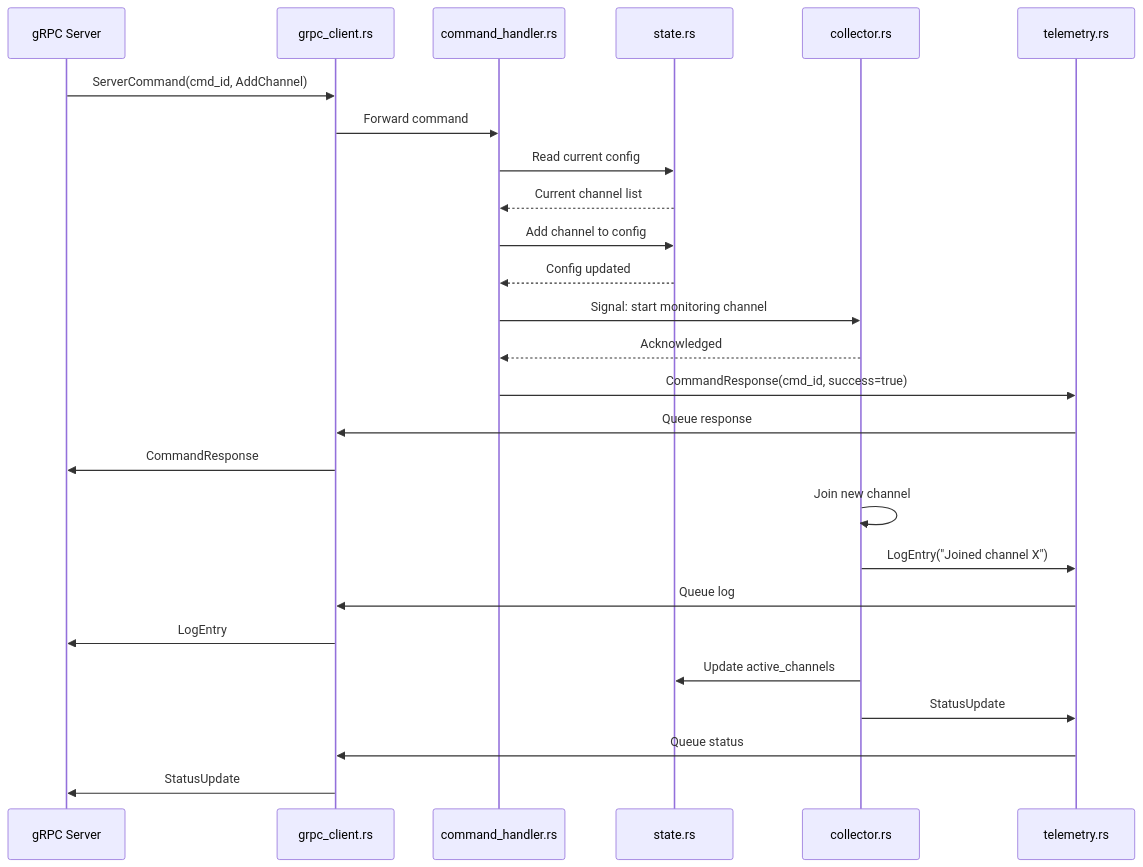
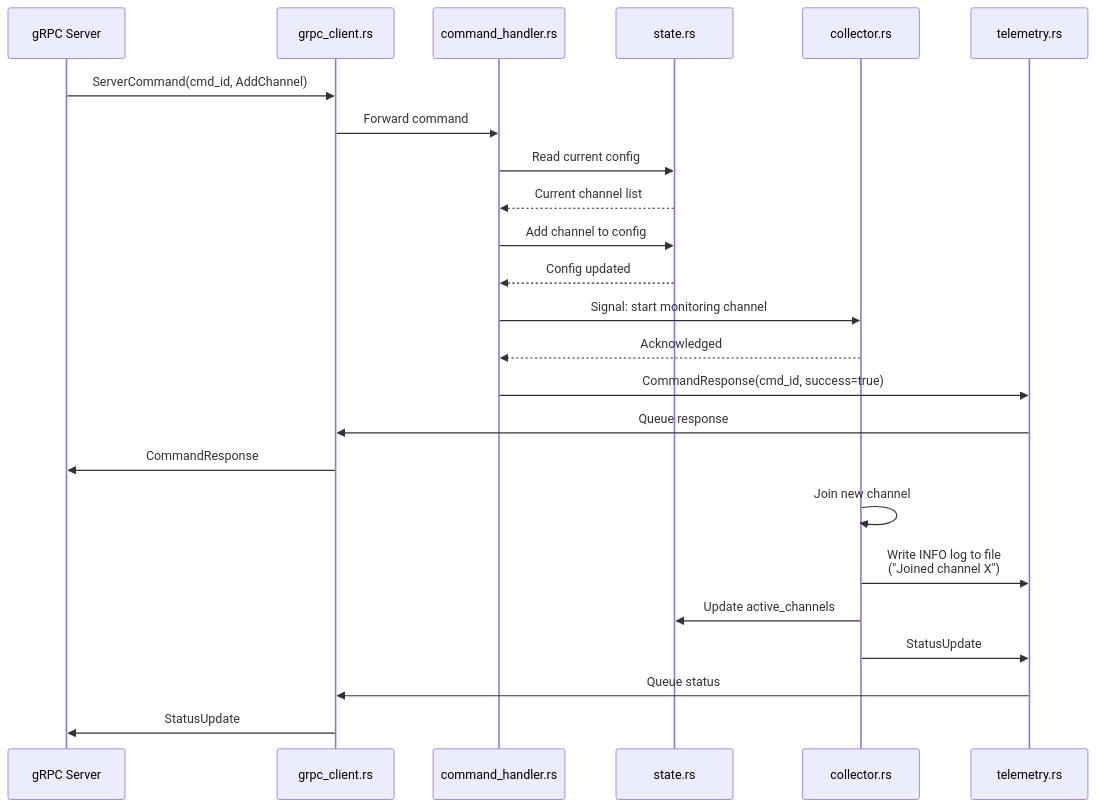
The sixth of 8 diagrams in GRPC_DESIGN.md (muminoff/tg-agent-experiment), drawn with Mermaid before and after one commit. The commit also changed other lines of this file, not shown here.

First line of the commit message:
Update gRPC design: file-based logging with ERROR-only gRPC telemetry

````diff
--- a/GRPC_DESIGN.md
+++ b/GRPC_DESIGN.md
@@ -696,35 +834,33 @@
 ```mermaid
 sequenceDiagram
     participant Server as gRPC Server
     participant GrpcClient as grpc_client.rs
     participant CmdHandler as command_handler.rs
     participant State as state.rs
     participant Collector as collector.rs
     participant Telemetry as telemetry.rs
 
     Server->>GrpcClient: ServerCommand(cmd_id, AddChannel)
     GrpcClient->>CmdHandler: Forward command
 
     CmdHandler->>State: Read current config
     State-->>CmdHandler: Current channel list
 
     CmdHandler->>State: Add channel to config
     State-->>CmdHandler: Config updated
 
     CmdHandler->>Collector: Signal: start monitoring channel
     Collector-->>CmdHandler: Acknowledged
 
     CmdHandler->>Telemetry: CommandResponse(cmd_id, success=true)
     Telemetry->>GrpcClient: Queue response
     GrpcClient->>Server: CommandResponse
 
     Collector->>Collector: Join new channel
-    Collector->>Telemetry: LogEntry("Joined channel X")
-    Telemetry->>GrpcClient: Queue log
-    GrpcClient->>Server: LogEntry
+    Collector->>Telemetry: Write INFO log to file<br/>("Joined channel X")
 
     Collector->>State: Update active_channels
     Collector->>Telemetry: StatusUpdate
     Telemetry->>GrpcClient: Queue status
     GrpcClient->>Server: StatusUpdate
 ```
````
